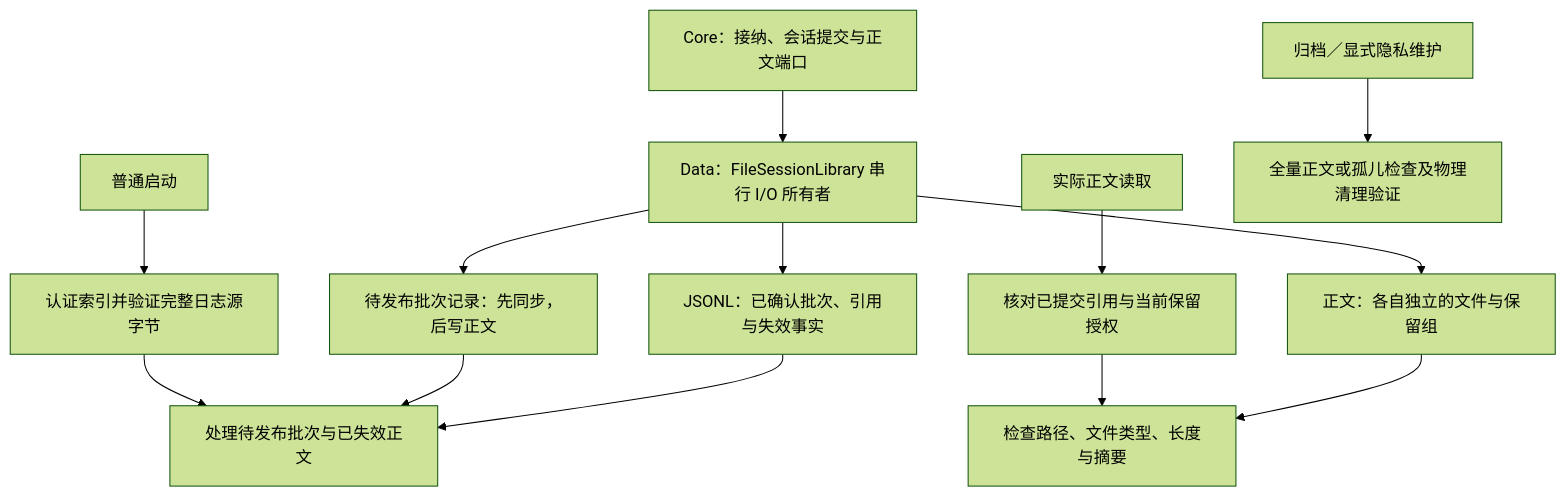
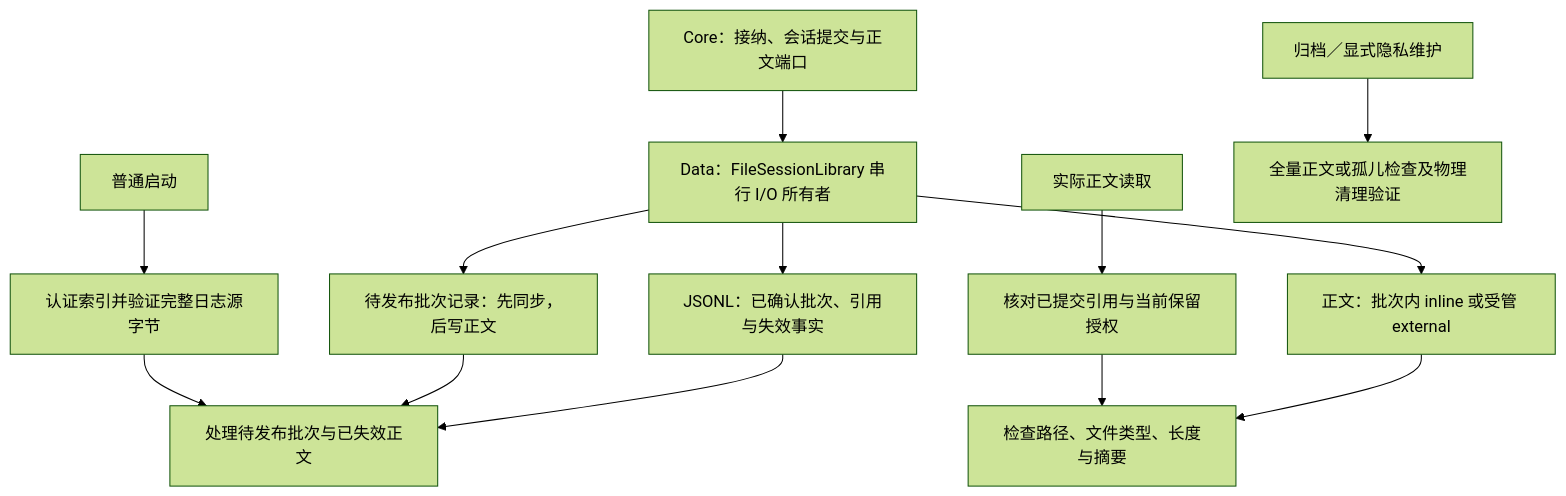
Before and after one commit to alwynou/mira: the first of 2 diagrams in docs/architecture/AGENT_PAYLOAD_RECOVERY.md, drawn with Mermaid (forest theme). The commit also changed other lines of this file and 251 other files, not shown here.

````diff
--- a/docs/architecture/AGENT_PAYLOAD_RECOVERY.md
+++ b/docs/architecture/AGENT_PAYLOAD_RECOVERY.md
@@ -11,15 +15,15 @@
 ```mermaid
 flowchart TB
     Core[Core：接纳、会话提交与正文端口] --> Writer[Data：FileSessionLibrary 串行 I/O 所有者]
     Writer --> Pending[待发布批次记录：先同步，后写正文]
     Writer --> Journal[JSONL：已确认批次、引用与失效事实]
-    Writer --> Payload[正文：各自独立的文件与保留组]
+    Writer --> Payload[正文：批次内 inline 或受管 external]
     Open[普通启动] --> Verify[认证索引并验证完整日志源字节]
     Verify --> Recovery[处理待发布批次与已失效正文]
     Pending --> Recovery
     Journal --> Recovery
     Read[实际正文读取] --> Authority[核对已提交引用与当前保留授权]
     Authority --> Integrity[检查路径、文件类型、长度与摘要]
     Payload --> Integrity
     Archive[归档／显式隐私维护] --> Full[全量正文或孤儿检查及物理清理验证]
 ```
````
